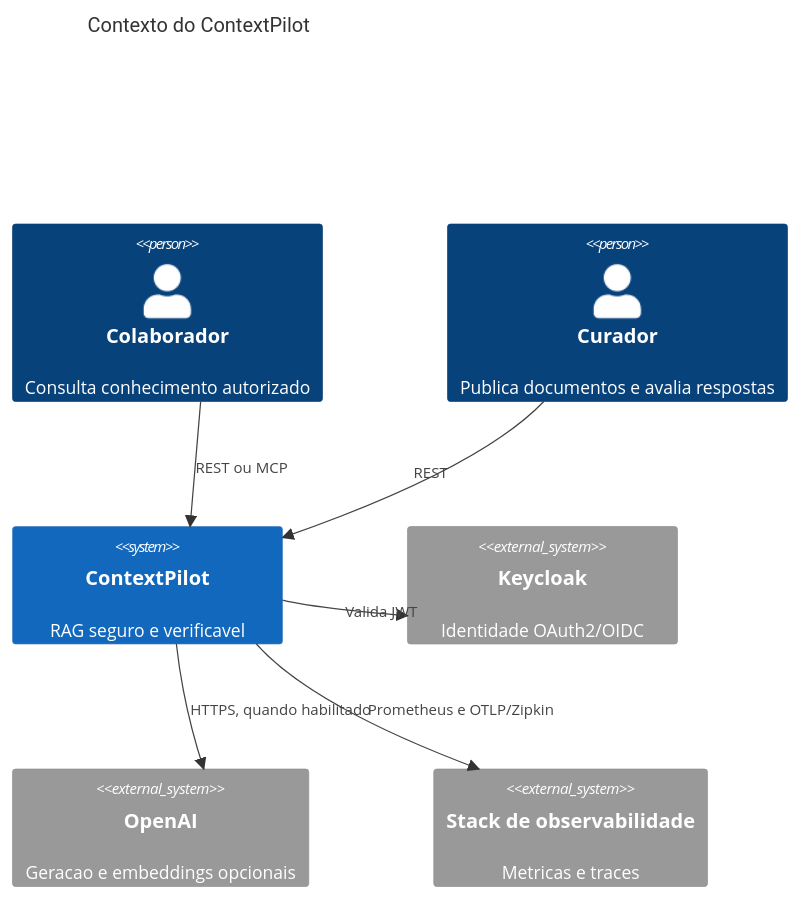
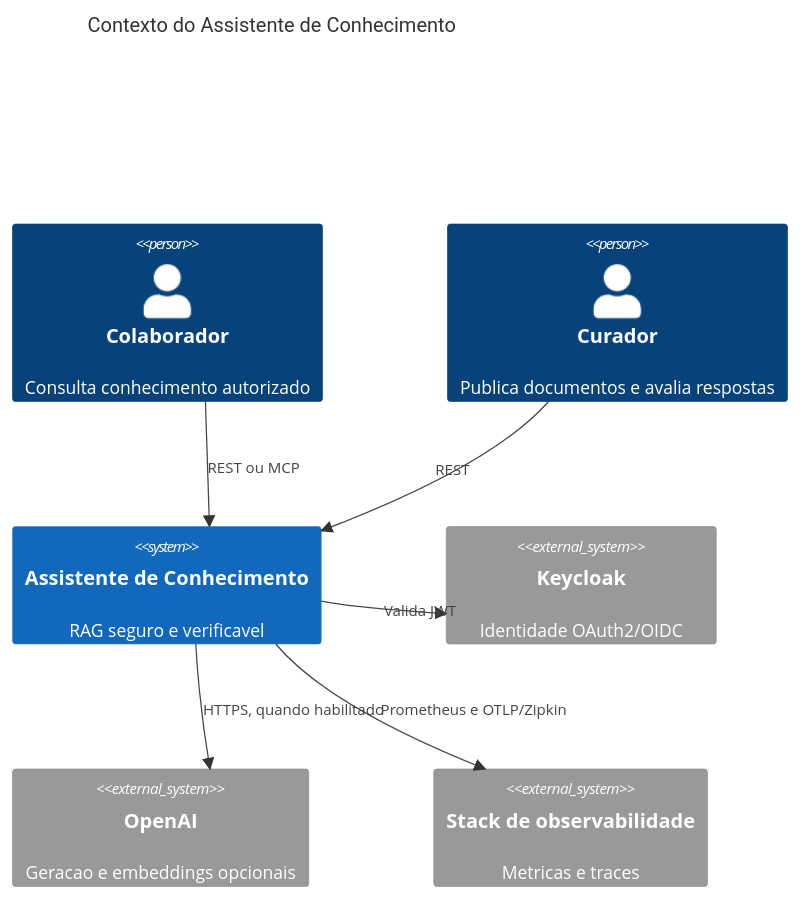
One commit to Mateusmith/assistente-conhecimento changed the first of 2 diagrams in docs/ARCHITECTURE.md. Above: the diagram before and after it, drawn with Mermaid. The commit also changed other lines of this file and 14 other files, not shown here.

Commit message:
chore: adota identidade Assistente de Conhecimento

````diff
--- a/docs/ARCHITECTURE.md
+++ b/docs/ARCHITECTURE.md
@@ -7,15 +7,15 @@
 ```mermaid
 C4Context
-    title Contexto do ContextPilot
+    title Contexto do Assistente de Conhecimento
     Person(usuario, "Colaborador", "Consulta conhecimento autorizado")
     Person(curador, "Curador", "Publica documentos e avalia respostas")
-    System(contextpilot, "ContextPilot", "RAG seguro e verificavel")
+    System(contextpilot, "Assistente de Conhecimento", "RAG seguro e verificavel")
     System_Ext(keycloak, "Keycloak", "Identidade OAuth2/OIDC")
     System_Ext(openai, "OpenAI", "Geracao e embeddings opcionais")
     System_Ext(observabilidade, "Stack de observabilidade", "Metricas e traces")
     Rel(usuario, contextpilot, "REST ou MCP")
     Rel(curador, contextpilot, "REST")
     Rel(contextpilot, keycloak, "Valida JWT")
     Rel(contextpilot, openai, "HTTPS, quando habilitado")
     Rel(contextpilot, observabilidade, "Prometheus e OTLP/Zipkin")
 ```
````
